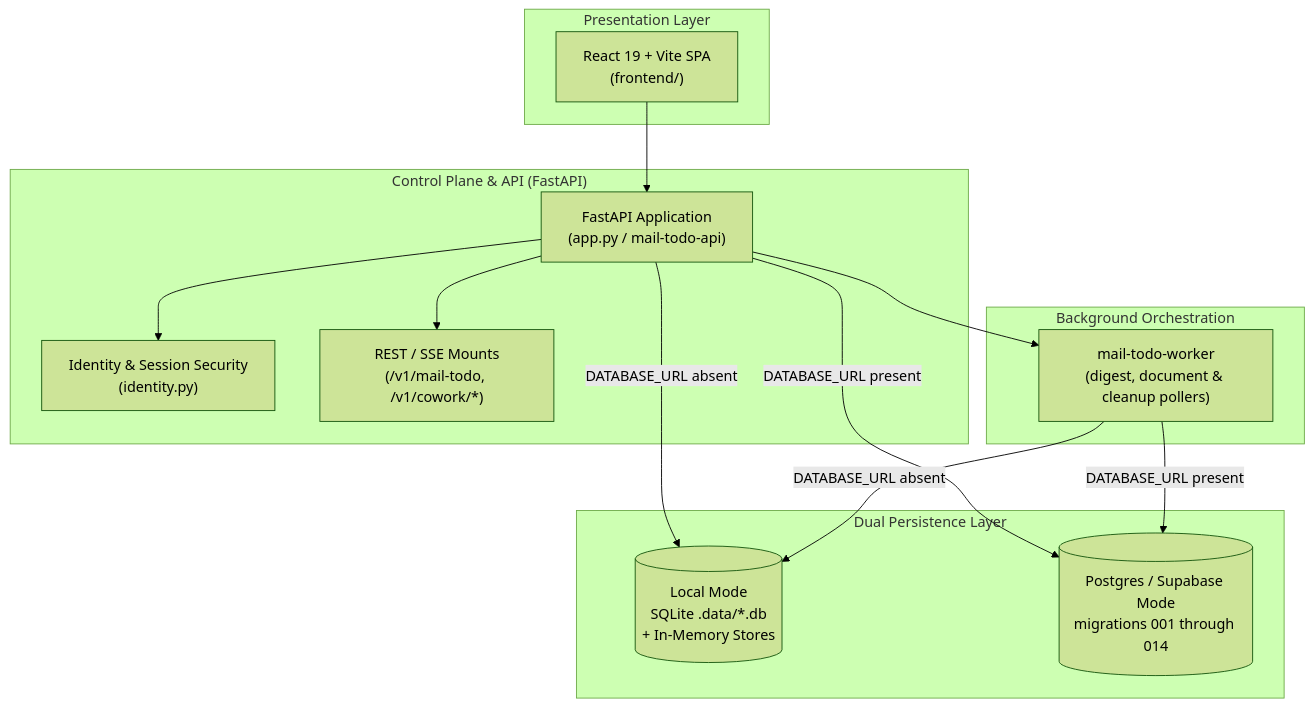
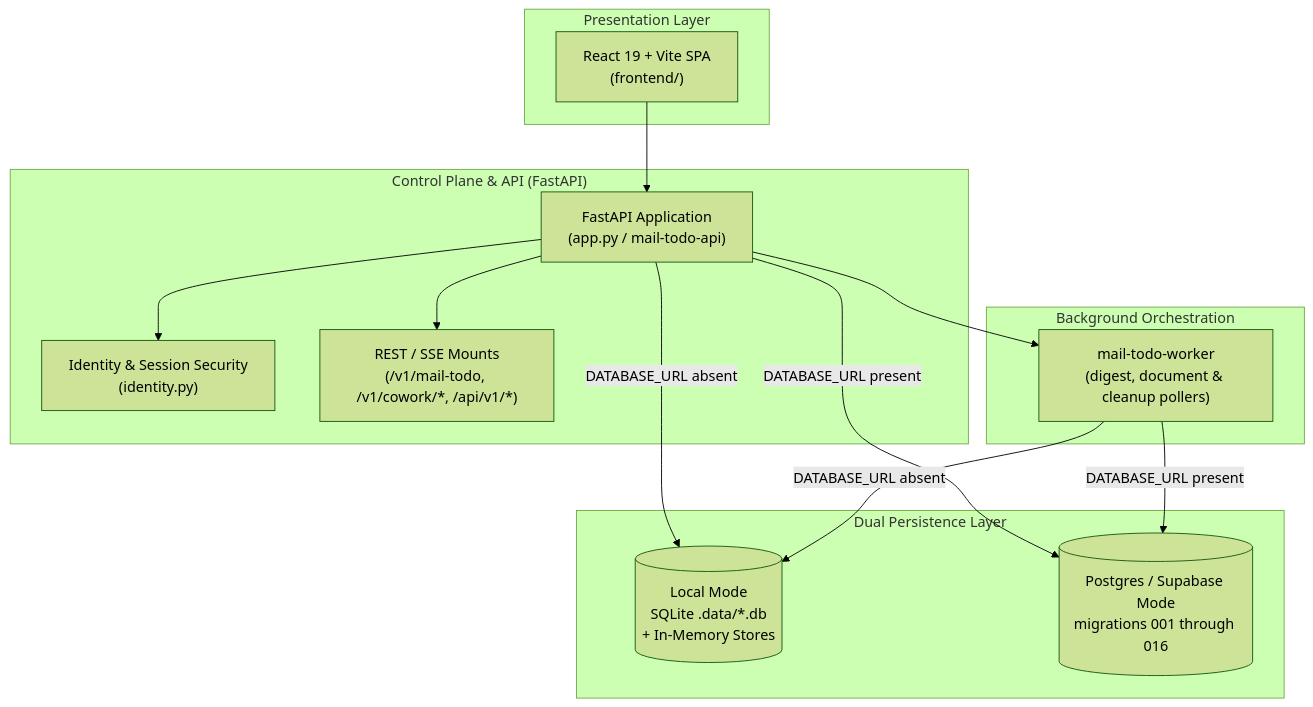
The diagram in docs/architectures/current-architectures/03-control-plane-persistence-and-uis.md (MathematicGuy/EMAIL-AGENT-v1), drawn with Mermaid (forest theme) before and after one commit. The commit also changed other lines of this file and 6 other files, not shown here.

Commit message:
Update architecture docs

````diff
--- a/docs/architectures/current-architectures/03-control-plane-persistence-and-uis.md
+++ b/docs/architectures/current-architectures/03-control-plane-persistence-and-uis.md
@@ -15,31 +14,31 @@
 ```mermaid
 flowchart TB
     subgraph PRESENTATION["Presentation Layer"]
         REACT["React 19 + Vite SPA<br/>(frontend/)"]
     end
 
     subgraph CONTROL["Control Plane & API (FastAPI)"]
         APP["FastAPI Application<br/>(app.py / mail-todo-api)"]
         AUTH["Identity & Session Security<br/>(identity.py)"]
-        ROUTES["REST / SSE Mounts<br/>(/v1/mail-todo, /v1/cowork/*)"]
+        ROUTES["REST / SSE Mounts<br/>(/v1/mail-todo, /v1/cowork/*, /api/v1/*)"]
     end
 
     subgraph WORKERS["Background Orchestration"]
         WORKER["mail-todo-worker<br/>(digest, document & cleanup pollers)"]
     end
 
     subgraph PERSISTENCE["Dual Persistence Layer"]
         LOCAL[("Local Mode<br/>SQLite .data/*.db<br/>+ In-Memory Stores")]
-        PG[("Postgres / Supabase Mode<br/>migrations 001 through 014")]
+        PG[("Postgres / Supabase Mode<br/>migrations 001 through 016")]
     end
 
     REACT --> APP
     APP --> AUTH
     APP --> ROUTES
     APP --> WORKER
 
     APP -->|DATABASE_URL absent| LOCAL
     APP -->|DATABASE_URL present| PG
     WORKER -->|DATABASE_URL present| PG
     WORKER -->|DATABASE_URL absent| LOCAL
 ```
````
